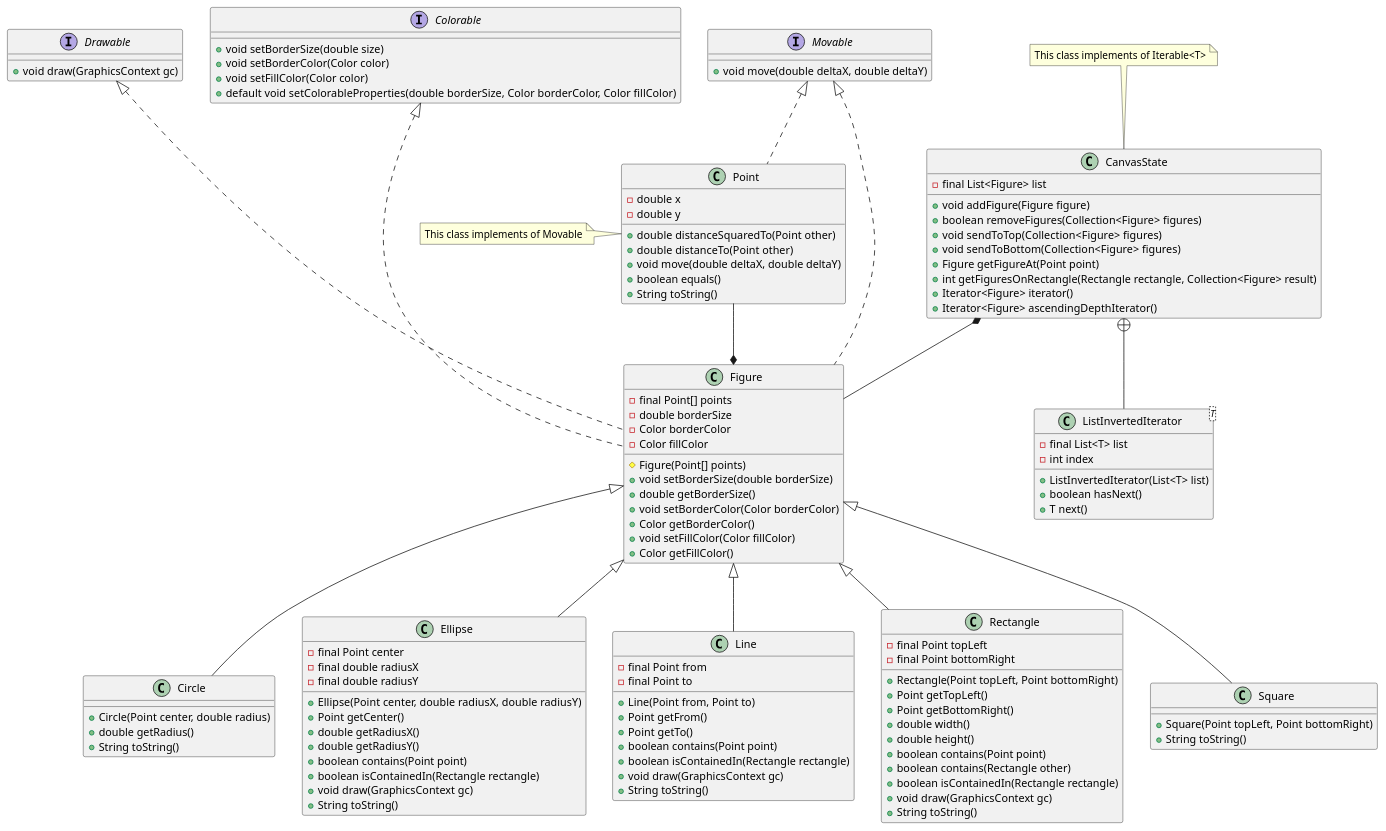
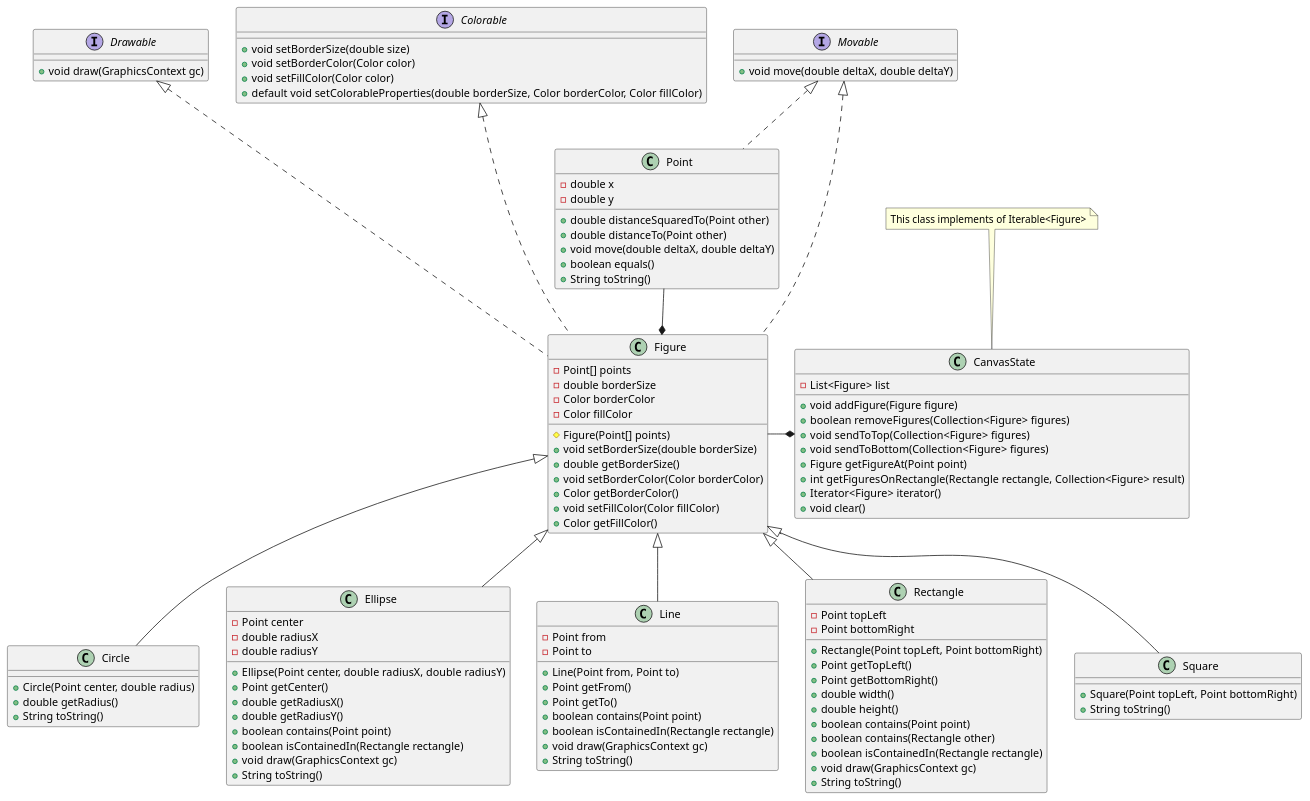
One commit to ThomasMiz/TPE-POO changed the diagram in doc/BackendUML.puml. Above: the diagram before and after it, drawn with PlantUML. The commit also changed 3 other files, not shown here.

Commit message:
Modified CanvasState, CanvasPane and updated UML

```diff
--- a/doc/BackendUML.puml
+++ b/doc/BackendUML.puml
@@ -1,146 +1,131 @@
 @startuml
 
 interface Drawable{
 +void draw(GraphicsContext gc)
 }
 
 interface Colorable{
 +void setBorderSize(double size)
 +void setBorderColor(Color color)
 +void setFillColor(Color color)
 +default void setColorableProperties(double borderSize, Color borderColor, Color fillColor)
 }
 
 interface Movable{
 +void move(double deltaX, double deltaY)
 }
 
 Drawable -[hidden] Colorable
 Colorable -[hidden] Movable
 
 abstract class Figure{
--final Point[] points
+-Point[] points
 -double borderSize
 -Color borderColor
 -Color fillColor
 
 #Figure(Point[] points)
 +void setBorderSize(double borderSize)
 +double getBorderSize()
 +void setBorderColor(Color borderColor)
 +Color getBorderColor()
 +void setFillColor(Color fillColor)
 +Color getFillColor()
 }
 class Figure implements Drawable
 class Figure implements Colorable
 class Figure implements Movable
 Figure *-up- Point
 
 class CanvasState{
--final List<Figure> list
+-List<Figure> list
 +void addFigure(Figure figure)
 +boolean removeFigures(Collection<Figure> figures)
 +void sendToTop(Collection<Figure> figures)
 +void sendToBottom(Collection<Figure> figures)
 +Figure getFigureAt(Point point)
 +int getFiguresOnRectangle(Rectangle rectangle, Collection<Figure> result)
 +Iterator<Figure> iterator()
-+Iterator<Figure> ascendingDepthIterator()
++void clear()
 }
 
-CanvasState *-- Figure
-
-class ListInvertedIterator<T>{
--final List<T> list
--int index
-
-+ListInvertedIterator(List<T> list)
-+boolean hasNext()
-+T next()
-}
-
-CanvasState +--  ListInvertedIterator
+CanvasState *-left- Figure
 
 class Circle{
 +Circle(Point center, double radius)
 +double getRadius()
 +String toString()
 }
 
 class Ellipse{
--final Point center
--final double radiusX
--final double radiusY
+-Point center
+-double radiusX
+-double radiusY
 
 +Ellipse(Point center, double radiusX, double radiusY)
 +Point getCenter()
 +double getRadiusX()
 +double getRadiusY()
 +boolean contains(Point point)
 +boolean isContainedIn(Rectangle rectangle)
 +void draw(GraphicsContext gc)
 +String toString()
 }
 
 class Line{
--final Point from
--final Point to
+-Point from
+-Point to
 
 +Line(Point from, Point to)
 +Point getFrom()
 +Point getTo()
 +boolean contains(Point point)
 +boolean isContainedIn(Rectangle rectangle)
 +void draw(GraphicsContext gc)
 +String toString()
 }
 
 class Point{
 -double x
 -double y
 
 +double distanceSquaredTo(Point other)
 +double distanceTo(Point other)
 +void move(double deltaX, double deltaY)
 +boolean equals()
 +String toString()
 }
 
 class Point implements Movable
 
 class Rectangle{
--final Point topLeft
--final Point bottomRight
+-Point topLeft
+-Point bottomRight
 
 +Rectangle(Point topLeft, Point bottomRight)
 +Point getTopLeft()
 +Point getBottomRight()
 +double width()
 +double height()
 +boolean contains(Point point)
 +boolean contains(Rectangle other)
 +boolean isContainedIn(Rectangle rectangle)
 +void draw(GraphicsContext gc)
 +String toString()
 }
 
 class Square{
 +Square(Point topLeft, Point bottomRight)
 +String toString()
 }
 
 class Circle extends Figure
 class Ellipse extends Figure
 class Rectangle extends Figure
 class Square extends Figure
 class Line extends Figure
 
 note top of CanvasState
-This class implements of Iterable<T>
-end note
-
-note left of Point
-This class implements of Movable
+This class implements of Iterable<Figure>
 end note
 @enduml
```
